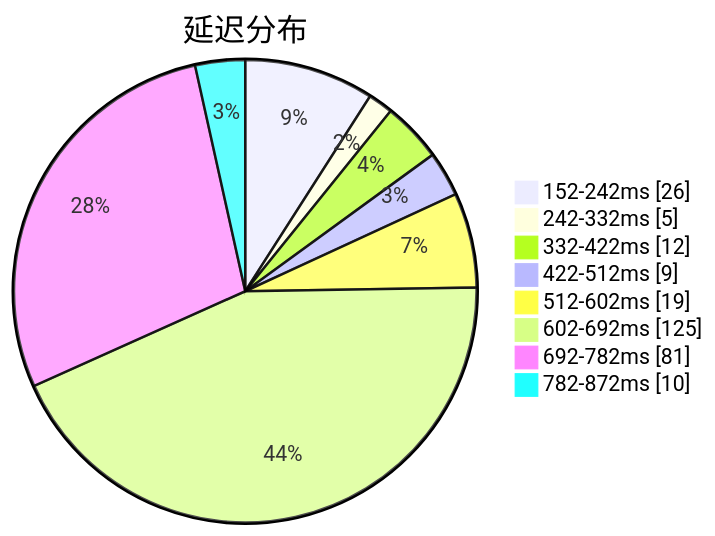
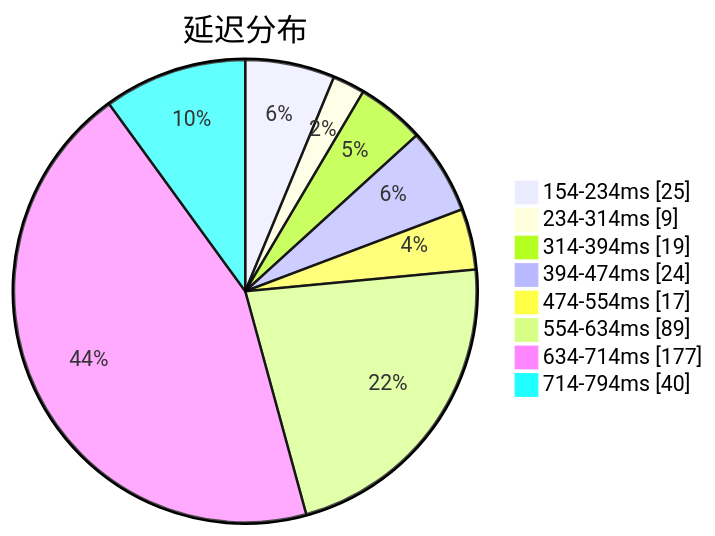
Before and after one commit to qjlxg/airport: the first of 3 diagrams in subs/statistics/tested_within.md, drawn with Mermaid. The commit also changed other lines of this file and 2 other files, not shown here.

Commit message:
Tested by metaST

````diff
--- a/subs/statistics/tested_within.md
+++ b/subs/statistics/tested_within.md
@@ -2,12 +2,12 @@
 ```mermaid
 pie showData
 title 延迟分布
-"152-242ms" : 26
-"242-332ms" : 5
-"332-422ms" : 12
-"422-512ms" : 9
-"512-602ms" : 19
-"602-692ms" : 125
-"692-782ms" : 81
-"782-872ms" : 10
+"154-234ms" : 25
+"234-314ms" : 9
+"314-394ms" : 19
+"394-474ms" : 24
+"474-554ms" : 17
+"554-634ms" : 89
+"634-714ms" : 177
+"714-794ms" : 40
 ```
````
